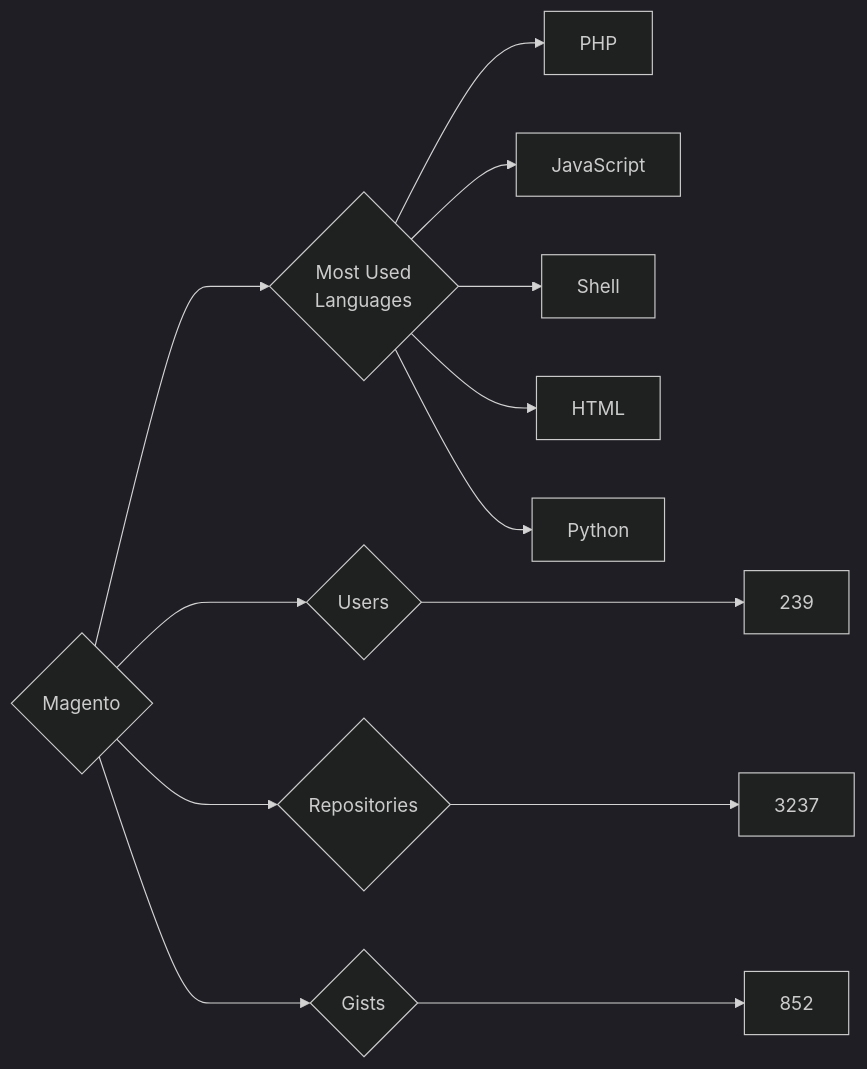
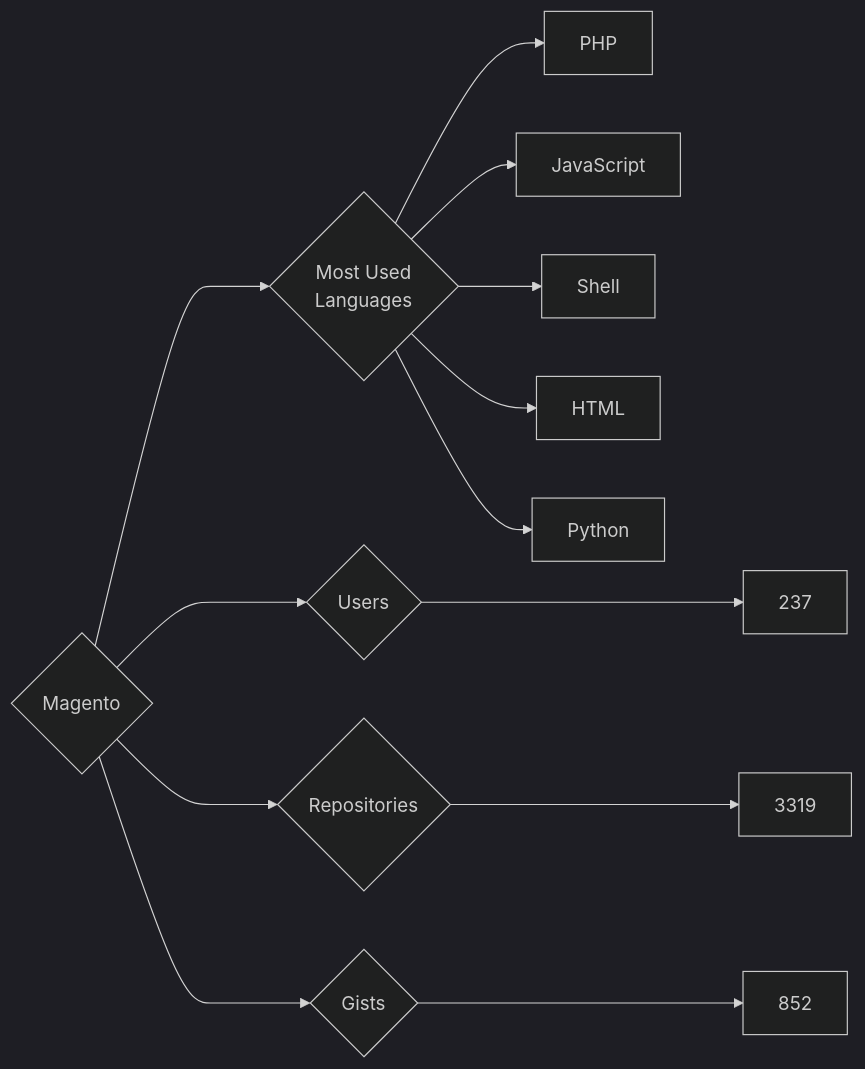
The diagram in targets/Magento/README.md (trickest/insiders), drawn with Mermaid (dark theme) before and after one commit. The commit also changed 757 other files, not shown here.

````diff
--- a/targets/Magento/README.md
+++ b/targets/Magento/README.md
@@ -3,13 +3,13 @@
 ```mermaid
 graph LR
 COMPANY_NAME{Magento}
-COMPANY_NAME ---> U{Users} ---> UN[239]
-COMPANY_NAME ---> R{Repositories} ---> RN[3237]
+COMPANY_NAME ---> U{Users} ---> UN[237]
+COMPANY_NAME ---> R{Repositories} ---> RN[3319]
 COMPANY_NAME ---> G{Gists} ---> GN[852]
 COMPANY_NAME ---> ML{Most Used<br>Languages}
 ML --> PHP[PHP]
 ML --> JavaScript[JavaScript]
 ML --> Shell[Shell]
 ML --> HTML[HTML]
 ML --> Python[Python]
 ```
````
